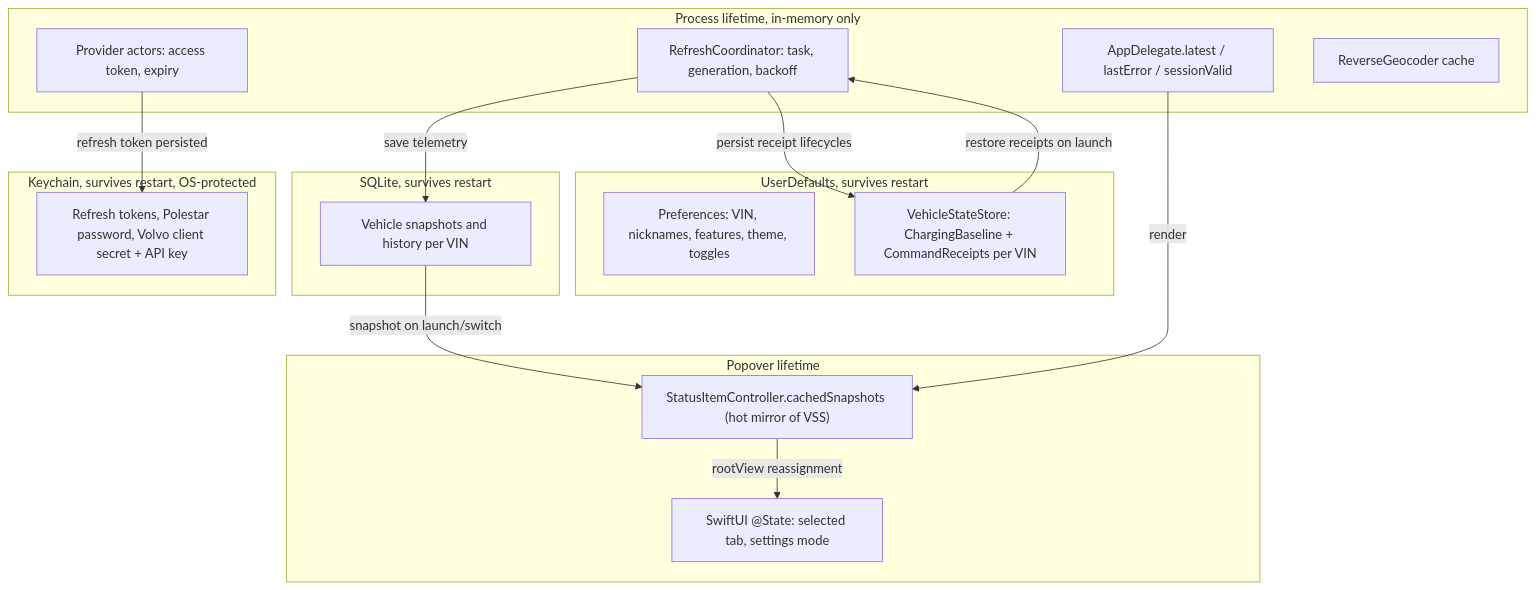
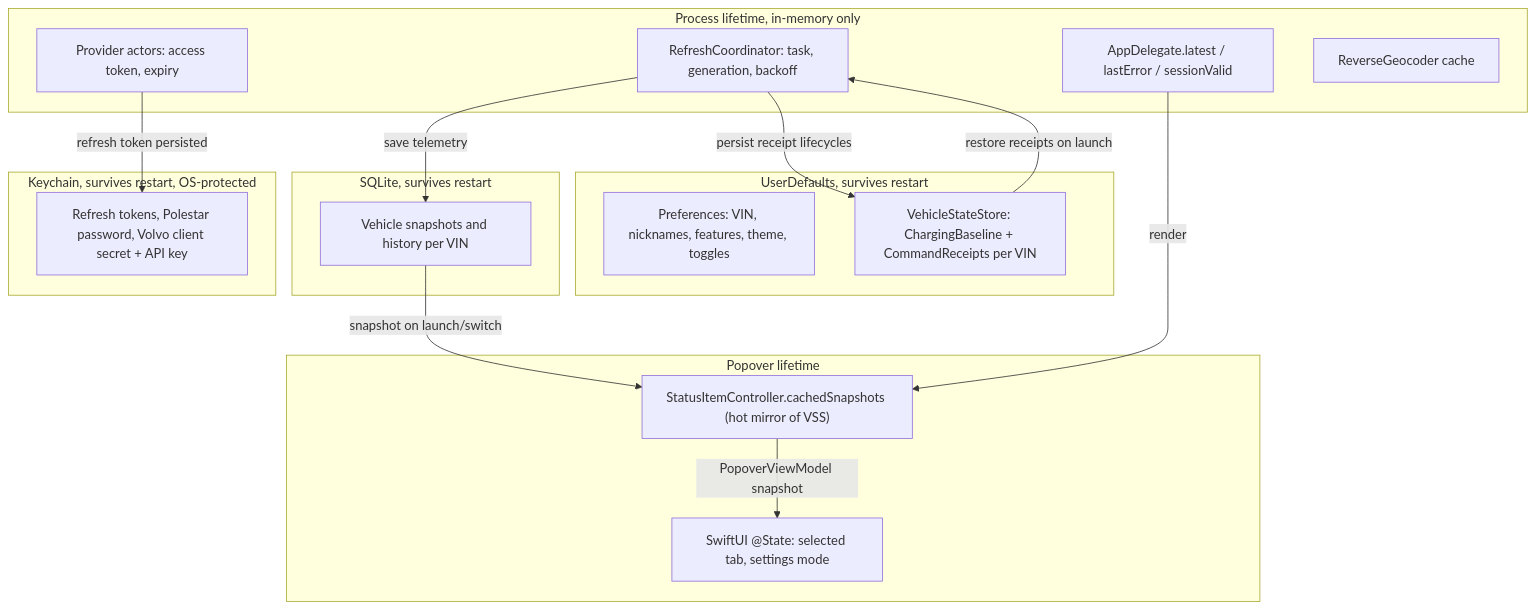
Before and after one commit to NicolasKheirallah/Hisingen: the diagram in docs/architecture/state-management.md, drawn with Mermaid. The commit also changed other lines of this file and 75 other files, not shown here.

````diff
--- a/docs/architecture/state-management.md
+++ b/docs/architecture/state-management.md
@@ -39,31 +39,31 @@
 ```mermaid
 flowchart TB
     subgraph Process["Process lifetime, in-memory only"]
         AD["AppDelegate.latest / lastError / sessionValid"]
         RC["RefreshCoordinator: task, generation, backoff"]
         TOK["Provider actors: access token, expiry"]
         GEO["ReverseGeocoder cache"]
     end
     subgraph Disk["UserDefaults, survives restart"]
         PREF["Preferences: VIN, nicknames, features, theme, toggles"]
         VSS["VehicleStateStore: ChargingBaseline + CommandReceipts per VIN"]
     end
     subgraph Database["SQLite, survives restart"]
         DB["Vehicle snapshots and history per VIN"]
     end
     subgraph Keychain["Keychain, survives restart, OS-protected"]
         KC["Refresh tokens, Polestar password, Volvo client secret + API key"]
     end
     subgraph UI["Popover lifetime"]
         SC["StatusItemController.cachedSnapshots (hot mirror of VSS)"]
         SUI["SwiftUI @State: selected tab, settings mode"]
     end
 
     TOK -->|refresh token persisted| KC
     RC -->|save telemetry| DB
     RC -->|persist receipt lifecycles| VSS
     DB -->|snapshot on launch/switch| SC
     VSS -->|restore receipts on launch| RC
     AD -->|render| SC
-    SC -->|rootView reassignment| SUI
+    SC -->|PopoverViewModel snapshot| SUI
 ```
````
